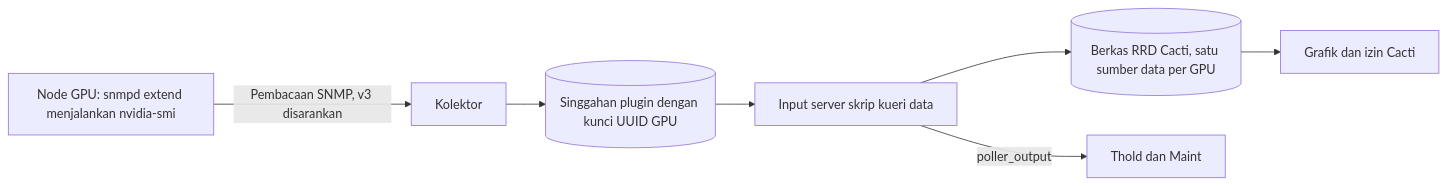
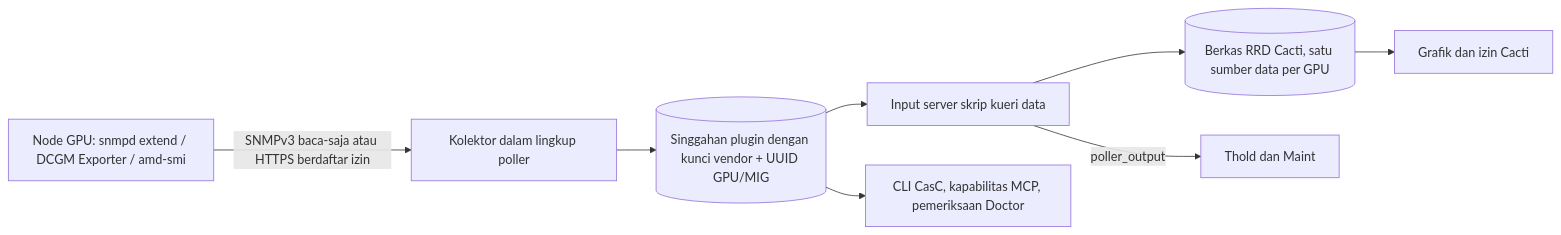
The diagram in docs/i18n/id-ID/README.md (somethingwithproof/plugin_gpu), drawn with Mermaid before and after one commit. The commit also changed other lines of this file and 47 other files, not shown here.

````diff
--- a/docs/i18n/id-ID/README.md
+++ b/docs/i18n/id-ID/README.md
@@ -114,9 +114,10 @@
 ```mermaid
 flowchart LR
-    NODE[Node GPU: snmpd extend menjalankan nvidia-smi] -->|Pembacaan SNMP, v3 disarankan| C[Kolektor]
-    C --> CACHE[(Singgahan plugin dengan kunci UUID GPU)]
+    NODE["Node GPU: snmpd extend / DCGM Exporter / amd-smi"] -->|SNMPv3 baca-saja atau HTTPS berdaftar izin| C[Kolektor dalam lingkup poller]
+    C --> CACHE[("Singgahan plugin dengan kunci vendor + UUID GPU/MIG")]
     CACHE --> SS[Input server skrip kueri data]
+    CACHE --> ECO["CLI CasC, kapabilitas MCP, pemeriksaan Doctor"]
     SS --> RRD[(Berkas RRD Cacti, satu sumber data per GPU)]
     SS -->|poller_output| T[Thold dan Maint]
     RRD --> G[Grafik dan izin Cacti]
 ```
````
